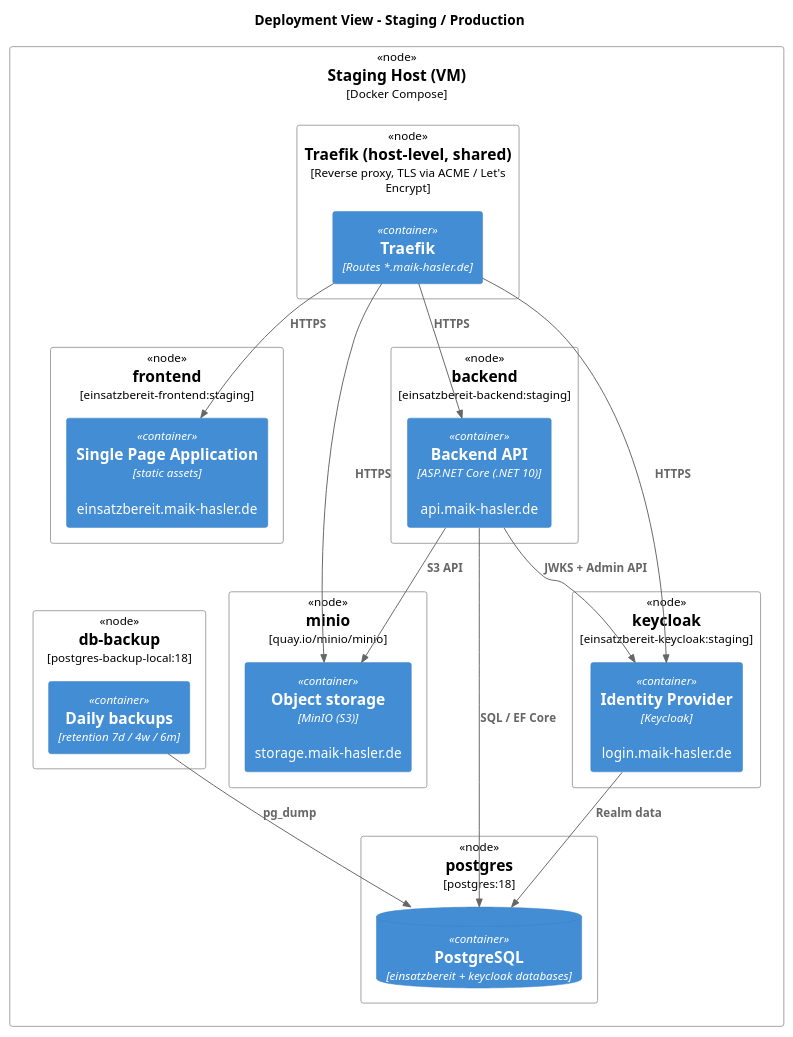
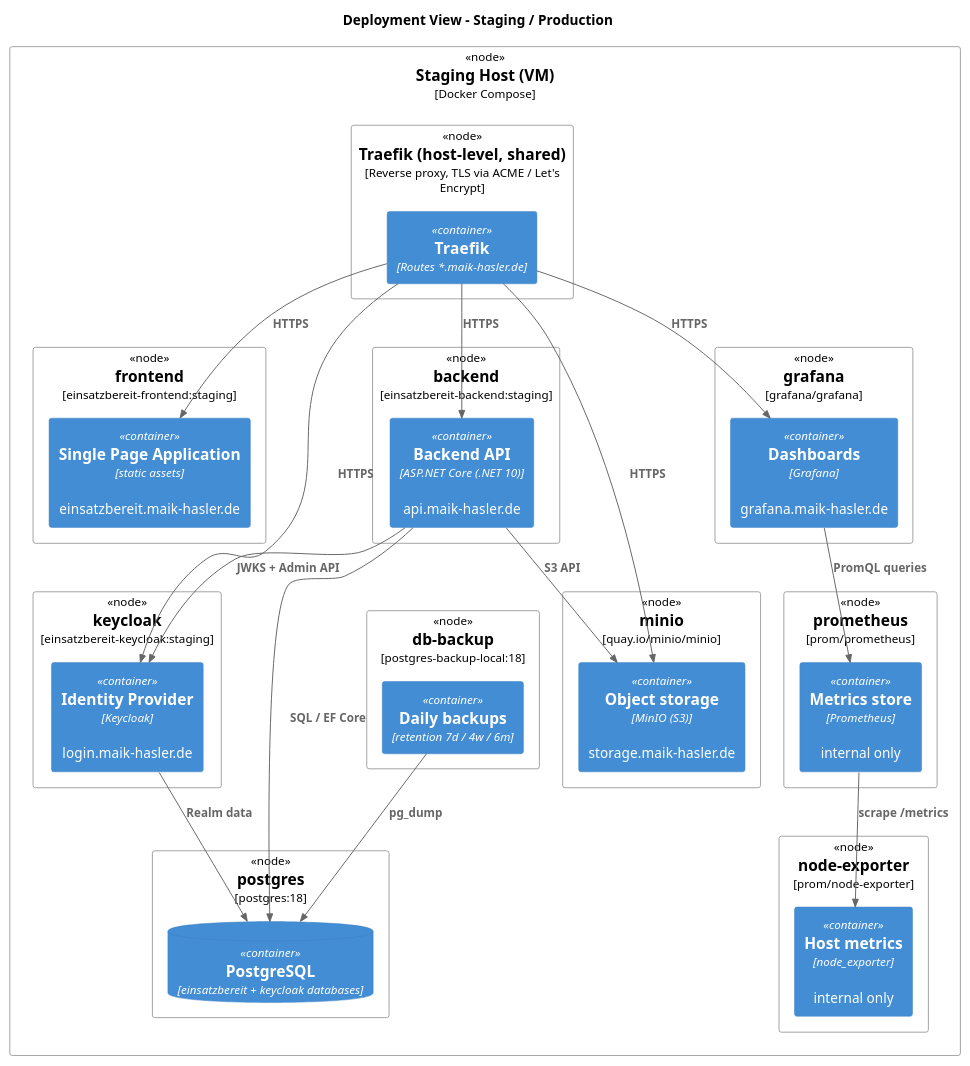
The diagram in docs/Architecture/images/deployment-staging.puml (maik-hasler/einsatzbereit), drawn with PlantUML before and after one commit. The commit also changed 4 other files, not shown here.

First line of the commit message:
feat: add Grafana + Prometheus monitoring stack to staging

```diff
--- a/docs/Architecture/images/deployment-staging.puml
+++ b/docs/Architecture/images/deployment-staging.puml
@@ -1,48 +1,63 @@
 @startuml Staging Deployment
 
 !include <C4/C4_Deployment>
 
 title Deployment View - Staging / Production
 
 Deployment_Node(host, "Staging Host (VM)", "Docker Compose") {
 
 	Deployment_Node(traefik_node, "Traefik (host-level, shared)", "Reverse proxy, TLS via ACME / Let's Encrypt") {
 		Container(traefik, "Traefik", "Routes *.maik-hasler.de")
 	}
 
 	Deployment_Node(fe_node, "frontend", "einsatzbereit-frontend:staging") {
 		Container(fe, "Single Page Application", "static assets", "einsatzbereit.maik-hasler.de")
 	}
 
 	Deployment_Node(be_node, "backend", "einsatzbereit-backend:staging") {
 		Container(be, "Backend API", "ASP.NET Core (.NET 10)", "api.maik-hasler.de")
 	}
 
 	Deployment_Node(kc_node, "keycloak", "einsatzbereit-keycloak:staging") {
 		Container(kc, "Identity Provider", "Keycloak", "login.maik-hasler.de")
 	}
 
 	Deployment_Node(mo_node, "minio", "quay.io/minio/minio") {
 		Container(mo, "Object storage", "MinIO (S3)", "storage.maik-hasler.de")
 	}
 
 	Deployment_Node(pg_node, "postgres", "postgres:18") {
 		ContainerDb(pg, "PostgreSQL", "einsatzbereit + keycloak databases")
 	}
 
 	Deployment_Node(bk_node, "db-backup", "postgres-backup-local:18") {
 		Container(bk, "Daily backups", "retention 7d / 4w / 6m")
 	}
+
+	Deployment_Node(gf_node, "grafana", "grafana/grafana") {
+		Container(gf, "Dashboards", "Grafana", "grafana.maik-hasler.de")
+	}
+
+	Deployment_Node(pr_node, "prometheus", "prom/prometheus") {
+		Container(pr, "Metrics store", "Prometheus", "internal only")
+	}
+
+	Deployment_Node(ne_node, "node-exporter", "prom/node-exporter") {
+		Container(ne, "Host metrics", "node_exporter", "internal only")
+	}
 }
 
 Rel(traefik, fe, "HTTPS")
 Rel(traefik, be, "HTTPS")
 Rel(traefik, kc, "HTTPS")
 Rel(traefik, mo, "HTTPS")
+Rel(traefik, gf, "HTTPS")
 Rel(be, pg, "SQL / EF Core")
 Rel(be, kc, "JWKS + Admin API")
 Rel(be, mo, "S3 API")
 Rel(kc, pg, "Realm data")
 Rel(bk, pg, "pg_dump")
+Rel(gf, pr, "PromQL queries")
+Rel(pr, ne, "scrape /metrics")
 
 @enduml
```
